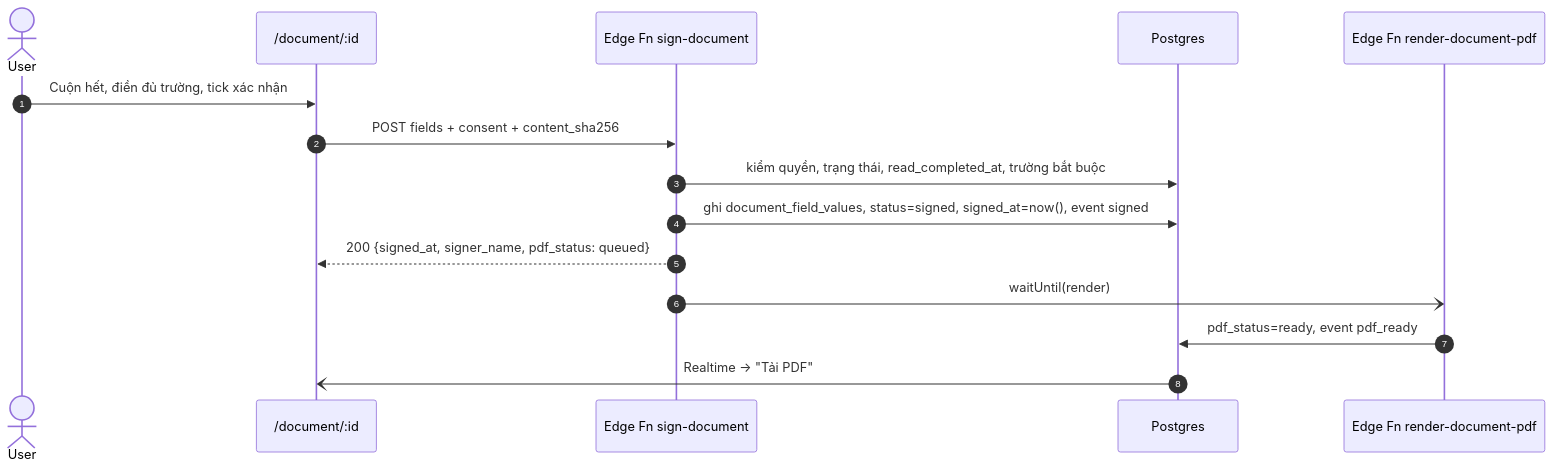
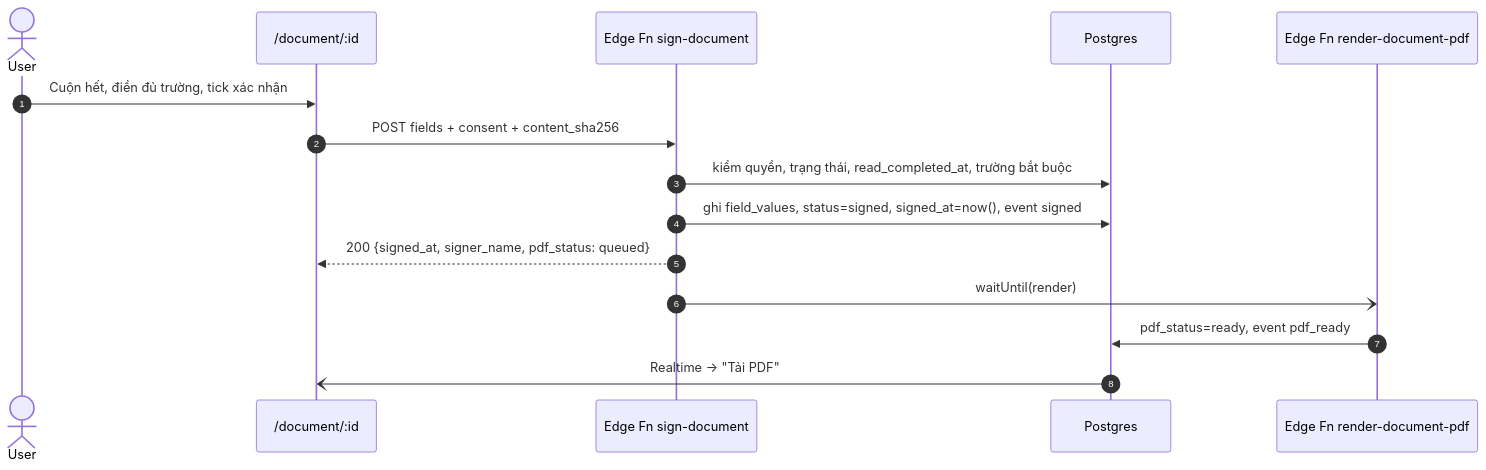
The fifth of 5 diagrams in docs/design/contract-management-spec.md (nclong1976/vin-casino), drawn with Mermaid before and after one commit. The commit also changed other lines of this file and 31 other files, not shown here.

````diff
--- a/docs/design/contract-management-spec.md
+++ b/docs/design/contract-management-spec.md
@@ -621,17 +618,17 @@
 ```mermaid
 sequenceDiagram
   autonumber
   actor U as User
   participant FE as /document/:id
   participant SG as Edge Fn sign-document
   participant DB as Postgres
   participant PDF as Edge Fn render-document-pdf
   U->>FE: Cuộn hết, điền đủ trường, tick xác nhận
   FE->>SG: POST fields + consent + content_sha256
   SG->>DB: kiểm quyền, trạng thái, read_completed_at, trường bắt buộc
-  SG->>DB: ghi document_field_values, status=signed, signed_at=now(), event signed
+  SG->>DB: ghi field_values, status=signed, signed_at=now(), event signed
   SG-->>FE: 200 {signed_at, signer_name, pdf_status: queued}
   SG-)PDF: waitUntil(render)
   PDF->>DB: pdf_status=ready, event pdf_ready
   DB-)FE: Realtime → "Tải PDF"
 ```
````
